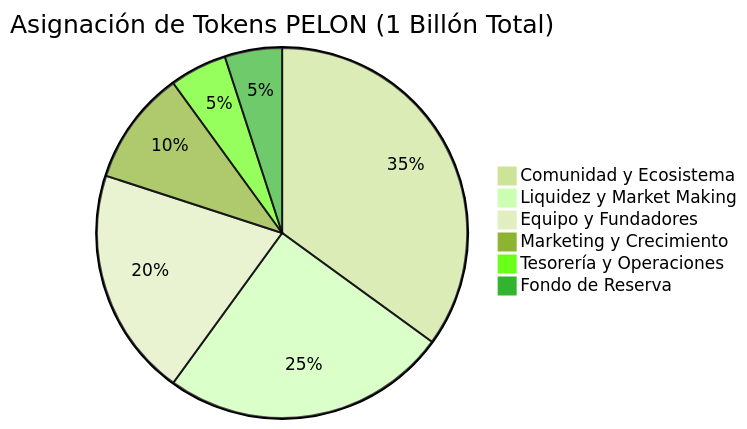
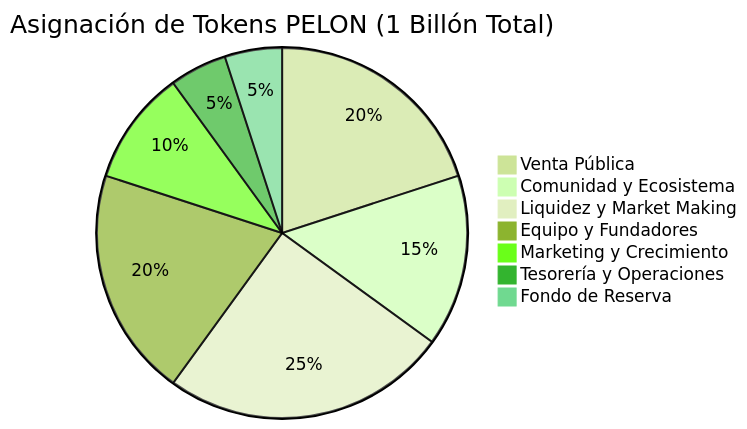
The first of 2 diagrams in docs/es/tokenomics-es.md (PelonClub/PelonClub-BaseNetwork-Monorepo), drawn with Mermaid (forest theme) before and after one commit. The commit also changed other lines of this file and 12 other files, not shown here.

````diff
--- a/docs/es/tokenomics-es.md
+++ b/docs/es/tokenomics-es.md
@@ -21,9 +21,10 @@
 ```mermaid
 pie title Asignación de Tokens PELON (1 Billón Total)
-    "Comunidad y Ecosistema" : 35
+    "Venta Pública" : 20
+    "Comunidad y Ecosistema" : 15
     "Liquidez y Market Making" : 25
     "Equipo y Fundadores" : 20
     "Marketing y Crecimiento" : 10
     "Tesorería y Operaciones" : 5
     "Fondo de Reserva" : 5
 ```
````
